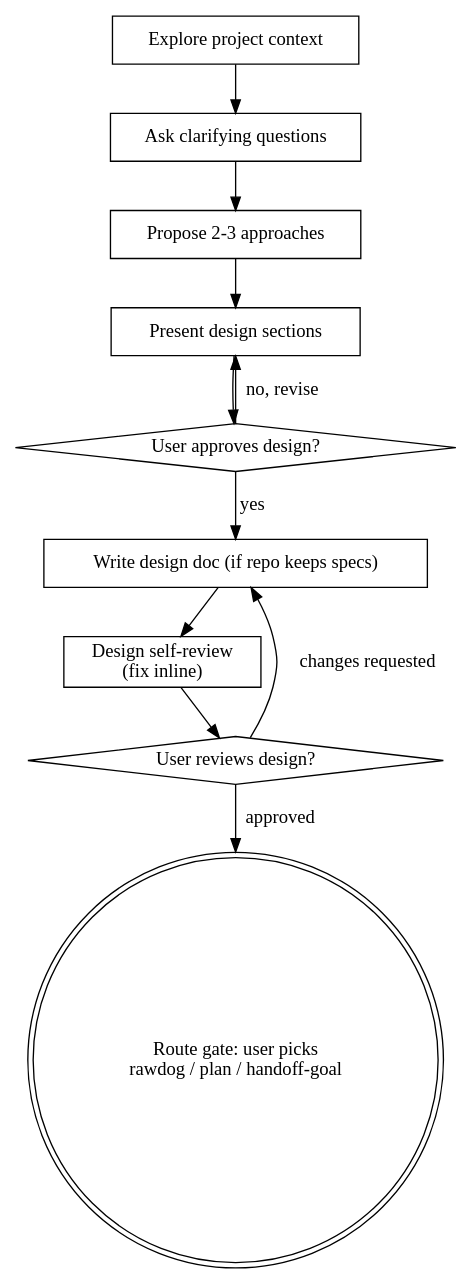
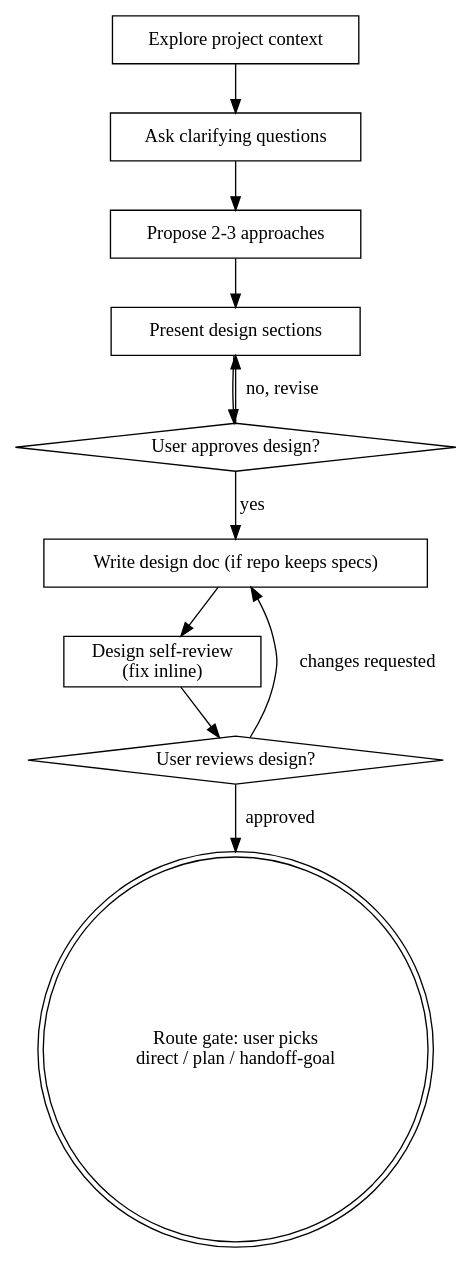
Before and after one commit to giostriquer/workshop: the diagram in plugins/workbench/skills/brainstorming/SKILL.md, drawn with Graphviz. The commit also changed other lines of this file and 15 other files, not shown here.

First line of the commit message:
feat: route rename "rawdog" -> "direct"; route gate asks structured (workbench 0.20.4)

````diff
--- a/plugins/workbench/skills/brainstorming/SKILL.md
+++ b/plugins/workbench/skills/brainstorming/SKILL.md
@@ -39,24 +39,24 @@
 ```dot
 digraph brainstorming {
     "Explore project context" [shape=box];
     "Ask clarifying questions" [shape=box];
     "Propose 2-3 approaches" [shape=box];
     "Present design sections" [shape=box];
     "User approves design?" [shape=diamond];
     "Write design doc (if repo keeps specs)" [shape=box];
     "Design self-review\n(fix inline)" [shape=box];
     "User reviews design?" [shape=diamond];
-    "Route gate: user picks\nrawdog / plan / handoff-goal" [shape=doublecircle];
+    "Route gate: user picks\ndirect / plan / handoff-goal" [shape=doublecircle];
 
     "Explore project context" -> "Ask clarifying questions";
     "Ask clarifying questions" -> "Propose 2-3 approaches";
     "Propose 2-3 approaches" -> "Present design sections";
     "Present design sections" -> "User approves design?";
     "User approves design?" -> "Present design sections" [label="no, revise"];
     "User approves design?" -> "Write design doc (if repo keeps specs)" [label="yes"];
     "Write design doc (if repo keeps specs)" -> "Design self-review\n(fix inline)";
     "Design self-review\n(fix inline)" -> "User reviews design?";
     "User reviews design?" -> "Write design doc (if repo keeps specs)" [label="changes requested"];
-    "User reviews design?" -> "Route gate: user picks\nrawdog / plan / handoff-goal" [label="approved"];
+    "User reviews design?" -> "Route gate: user picks\ndirect / plan / handoff-goal" [label="approved"];
 }
 ```
````
